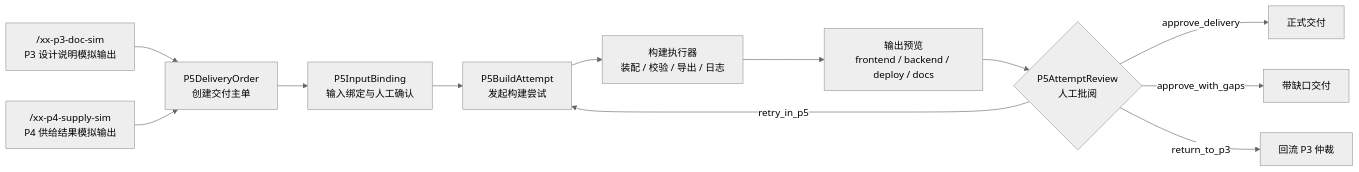
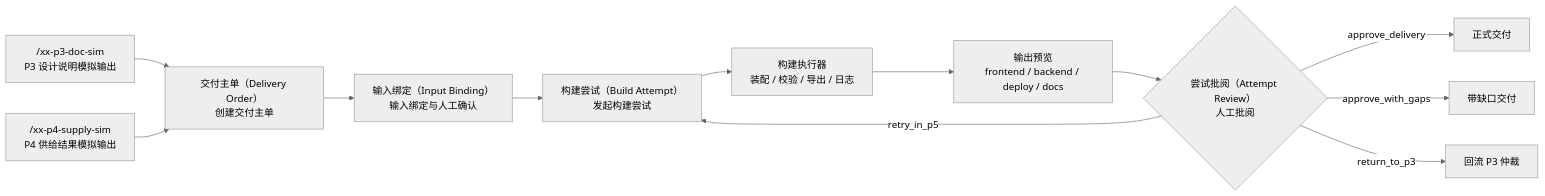
Before and after one commit to wgwtest/CodeFactoryV2: the first of 4 diagrams in DOC/CODEX_DOC/02_设计说明/07A-P5.1-最小构建闭环设计.md, drawn with Mermaid (neutral theme). The commit also changed other lines of this file and 2 other files, not shown here.

````diff
--- a/DOC/CODEX_DOC/02_设计说明/07A-P5.1-最小构建闭环设计.md
+++ b/DOC/CODEX_DOC/02_设计说明/07A-P5.1-最小构建闭环设计.md
@@ -131,14 +131,14 @@
 ```mermaid
 flowchart LR
-    A["/xx-p3-doc-sim<br/>P3 设计说明模拟输出"] --> C["P5DeliveryOrder<br/>创建交付主单"]
+    A["/xx-p3-doc-sim<br/>P3 设计说明模拟输出"] --> C["交付主单（Delivery Order）<br/>创建交付主单"]
     B["/xx-p4-supply-sim<br/>P4 供给结果模拟输出"] --> C
-    C --> D["P5InputBinding<br/>输入绑定与人工确认"]
-    D --> E["P5BuildAttempt<br/>发起构建尝试"]
+    C --> D["输入绑定（Input Binding）<br/>输入绑定与人工确认"]
+    D --> E["构建尝试（Build Attempt）<br/>发起构建尝试"]
     E --> F["构建执行器<br/>装配 / 校验 / 导出 / 日志"]
     F --> G["输出预览<br/>frontend / backend / deploy / docs"]
-    G --> H{"P5AttemptReview<br/>人工批阅"}
+    G --> H{"尝试批阅（Attempt Review）<br/>人工批阅"}
     H -->|"approve_delivery"| I["正式交付"]
     H -->|"approve_with_gaps"| J["带缺口交付"]
     H -->|"retry_in_p5"| E
     H -->|"return_to_p3"| K["回流 P3 仲裁"]
 ```
````
